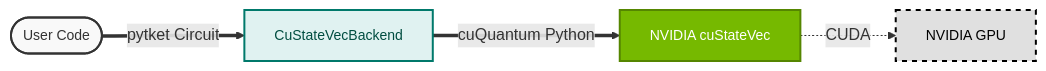
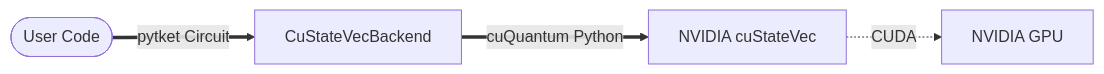
The diagram in docs/index.md (CQCL/pytket-custatevec), drawn with Mermaid before and after one commit. The commit also changed other lines of this file and 2 other files, not shown here.

````diff
--- a/docs/index.md
+++ b/docs/index.md
@@ -66,34 +68,19 @@
 ```mermaid
 flowchart LR
     %% Node Definitions
     User([User Code])
     Backend[CuStateVecBackend]
     SDK[NVIDIA cuStateVec]
     GPU[NVIDIA GPU]
 
     %% Connections
     User == pytket Circuit ==> Backend
     Backend == cuQuantum Python ==> SDK
     SDK -.-> |CUDA| GPU
 
-    %% Styling Classes
-    classDef default stroke-width:2px,font-size:14px;
-    
-    %% User Style
-    classDef user fill:#f9f9f9,stroke:#333,color:#333;
-    
-    %% Pytket Backend Style (Teal Border)
-    classDef pytket fill:#e0f2f1,stroke:#00796b,stroke-width:2px,color:#004d40;
-    
-    %% NVIDIA SDK Style (NVIDIA Green)
-    classDef nvidia fill:#76b900,stroke:#558600,stroke-width:2px,color:#fff;
-    
-    %% Hardware Style (Silver Metal - Readable)
-    classDef hardware fill:#e0e0e0,stroke:#000,stroke-width:2px,color:#000,stroke-dasharray: 5 5;
-
-    %% Apply Styles
+    %% Assign Classes (CSS will handle the colors)
     class User user;
     class Backend pytket;
     class SDK nvidia;
     class GPU hardware;
 ```
````
